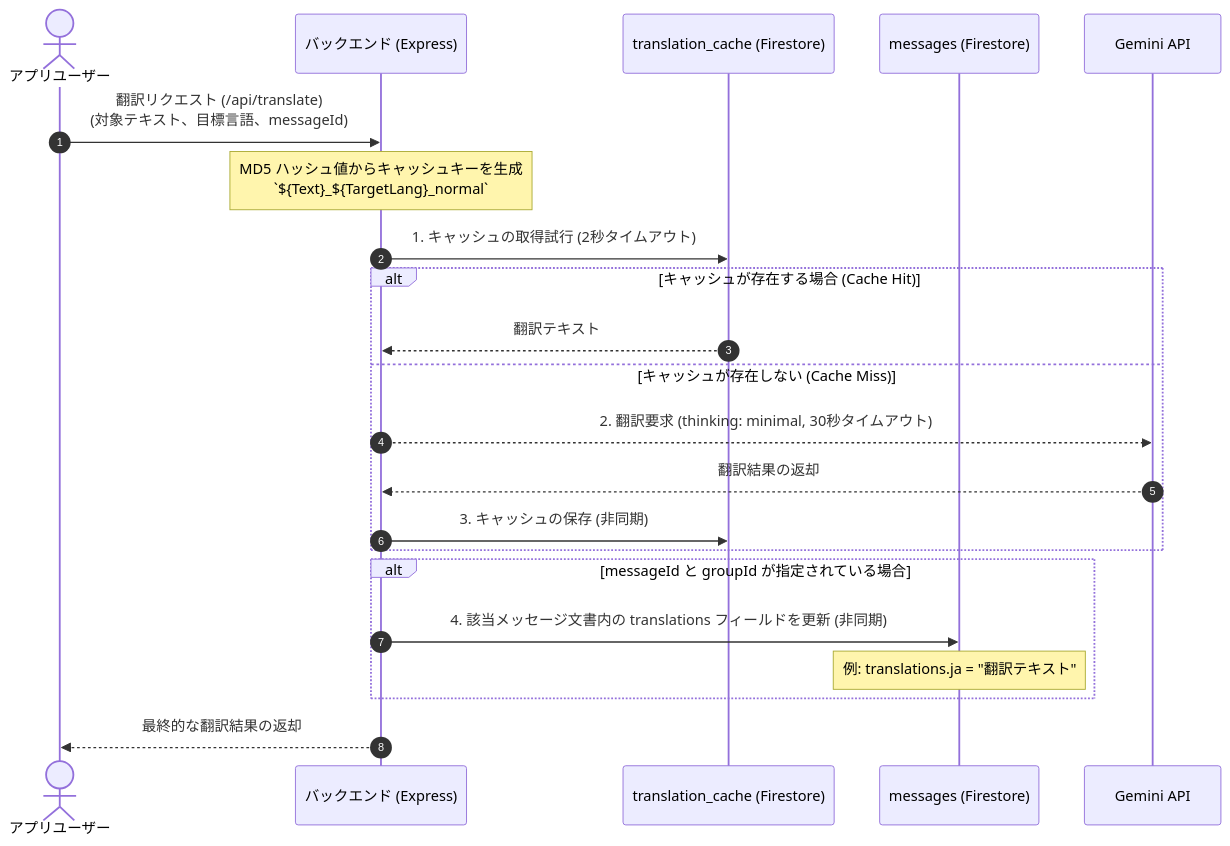
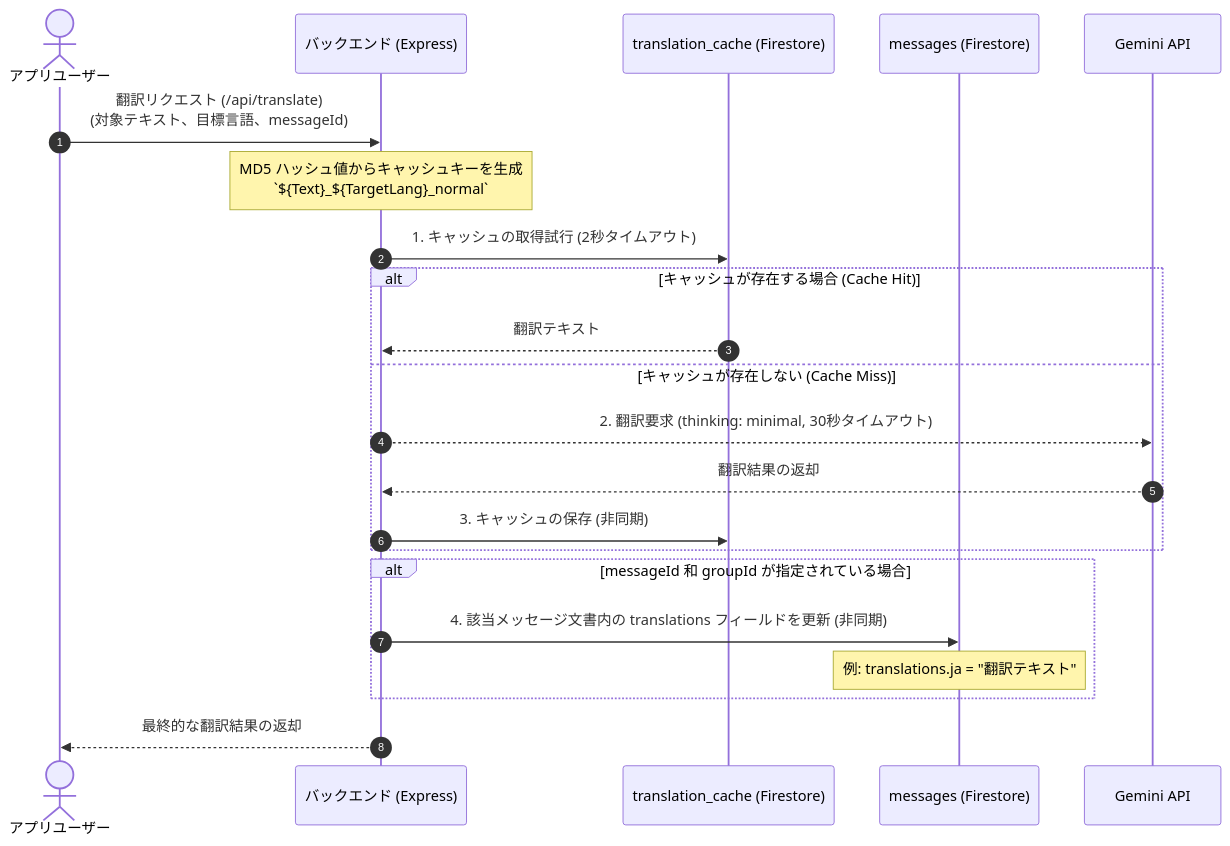
One commit to ScriptureHabit/scripture-habit changed the first of 2 diagrams in docs/ja/details/ai-integration.md. Above: the diagram before and after it, drawn with Mermaid. The commit also changed other lines of this file and 5 other files, not shown here.

Commit message:
docs: update README and architecture docs with reflection letters, storytelling, and TTL

````diff
--- a/docs/ja/details/ai-integration.md
+++ b/docs/ja/details/ai-integration.md
@@ -52,29 +52,29 @@
 ```mermaid
 sequenceDiagram
     autonumber
     actor User as アプリユーザー
     participant API as バックエンド (Express)
     participant Cache as translation_cache (Firestore)
     participant Msg as messages (Firestore)
     participant Gemini as Gemini API
 
     User->>API: 翻訳リクエスト (/api/translate)<br/>(対象テキスト、目標言語、messageId)
     
     Note over API: MD5 ハッシュ値からキャッシュキーを生成<br/>`${Text}_${TargetLang}_normal`
     API->>Cache: 1. キャッシュの取得試行 (2秒タイムアウト)
     
     alt キャッシュが存在する場合 (Cache Hit)
         Cache-->>API: 翻訳テキスト
     else キャッシュが存在しない (Cache Miss)
         API-->>Gemini: 2. 翻訳要求 (thinking: minimal, 30秒タイムアウト)
         Gemini-->>API: 翻訳結果の返却
         API->>Cache: 3. キャッシュの保存 (非同期)
     end
 
-    alt messageId と groupId が指定されている場合
+    alt messageId 和 groupId が指定されている場合
         API->>Msg: 4. 該当メッセージ文書内の translations フィールドを更新 (非同期)
         Note over Msg: 例: translations.ja = "翻訳テキスト"
     end
 
     API-->>User: 最終的な翻訳結果の返却
 ```
````
